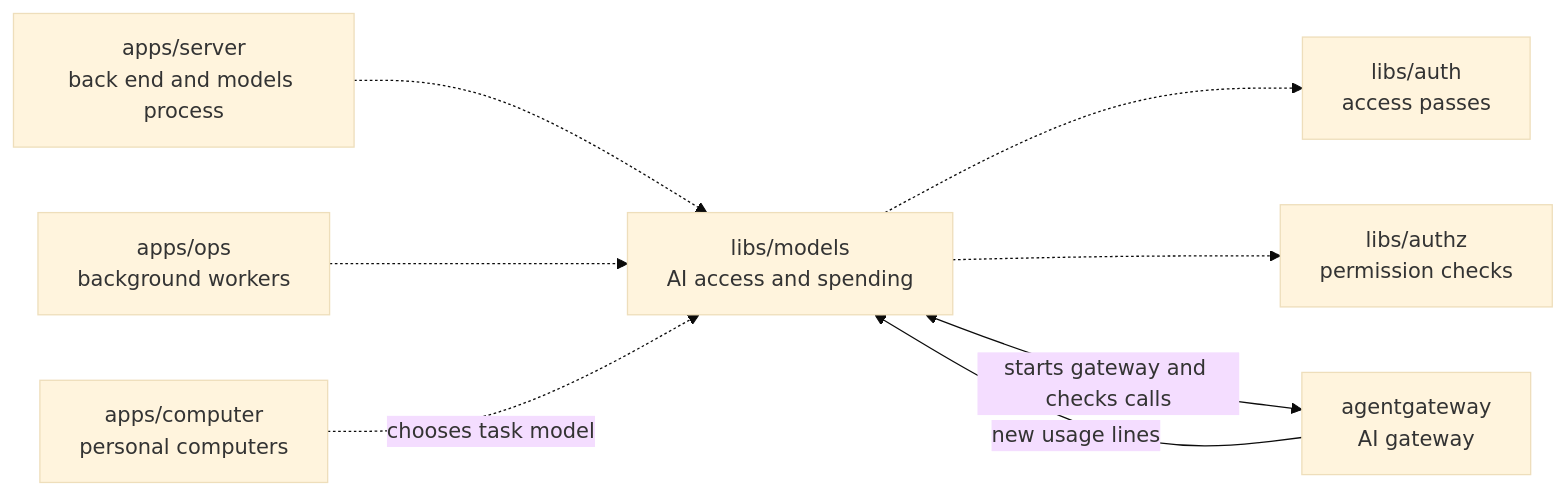
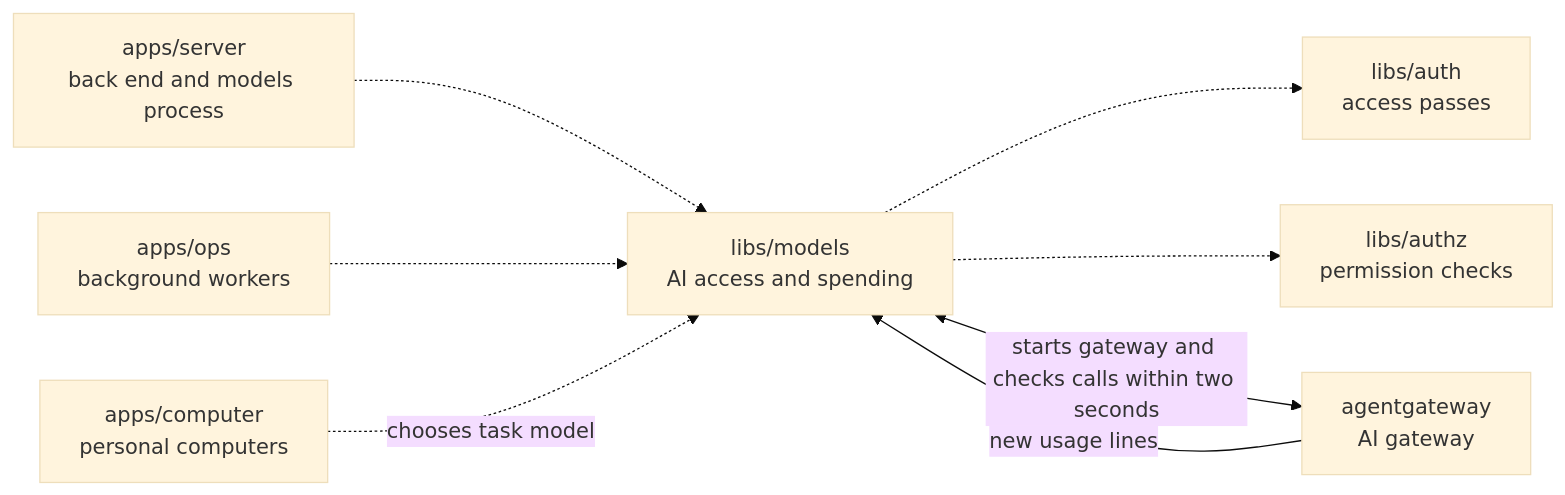
One commit to elewa-git/opencrane-new changed the diagram in libs/models/README.md. Above: the diagram before and after it, drawn with Mermaid (base theme). The commit also changed other lines of this file and 8 other files, not shown here.

````diff
--- a/libs/models/README.md
+++ b/libs/models/README.md
@@ -11,10 +11,10 @@
 ```mermaid
 flowchart LR
   server["apps/server<br/>back end and models process"] -.-> models["libs/models<br/>AI access and spending"]
   ops["apps/ops<br/>background workers"] -.-> models
   computer["apps/computer<br/>personal computers"] -.->|chooses task model| models
   models -.-> auth["libs/auth<br/>access passes"]
   models -.-> authz["libs/authz<br/>permission checks"]
-  models <-->|starts gateway and checks calls| gateway["agentgateway<br/>AI gateway"]
+  models <-->|starts gateway and checks calls within two seconds| gateway["agentgateway<br/>AI gateway"]
   gateway -->|new usage lines| models
 ```
````
